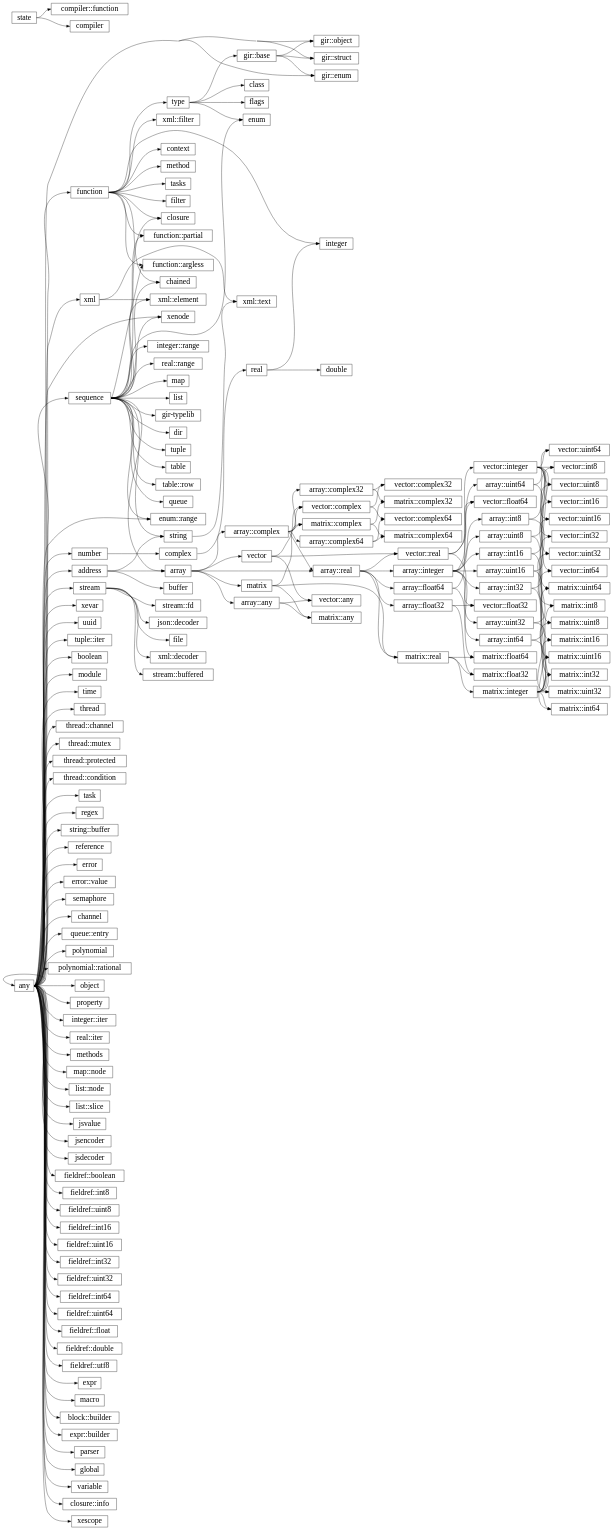
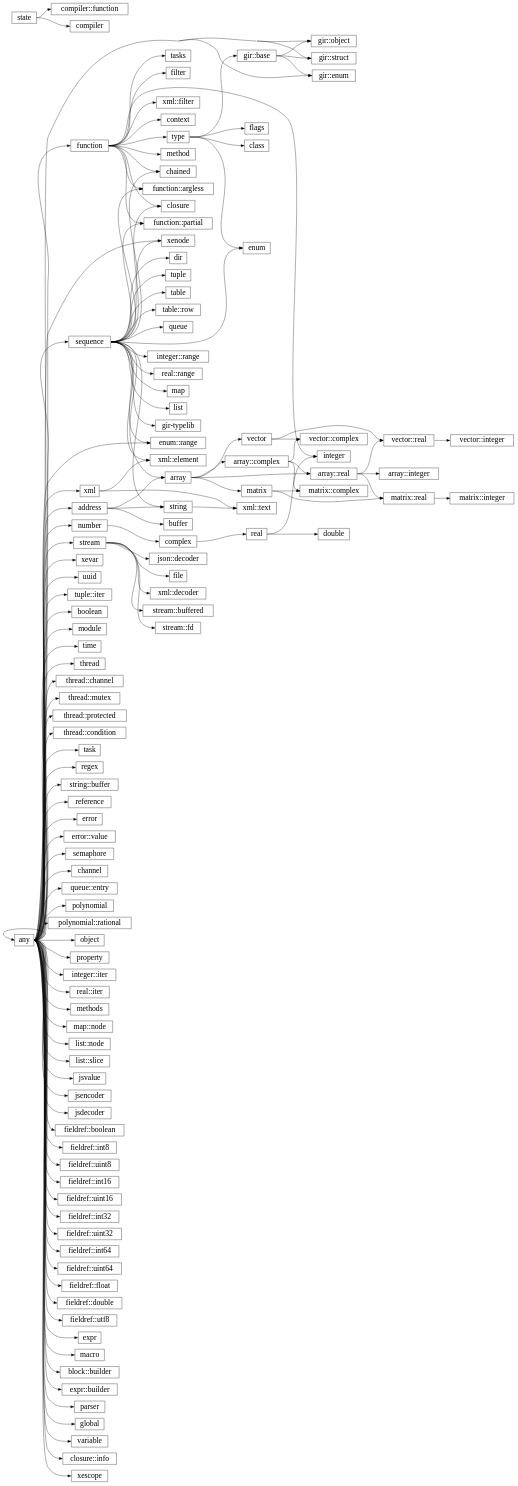
One commit to wrapl/minilang changed the diagram in docs/library/hierarchy.rst. Above: the diagram before and after it, drawn with Graphviz. The commit also changed 12 other files, not shown here.

```diff
--- a/docs/library/hierarchy.rst
+++ b/docs/library/hierarchy.rst
@@ -149,71 +149,6 @@
       "array::real":e -> "matrix::real":w;
       "matrix":e -> "matrix::real":w;
       "matrix::real":e -> "matrix::integer":w;
-      "array::integer":e -> "array::int8":w;
-      "vector::integer":e -> "vector::int8":w;
-      "array::int8":e -> "vector::int8":w;
-      "matrix::integer":e -> "matrix::int8":w;
-      "array::int8":e -> "matrix::int8":w;
-      "array::integer":e -> "array::uint8":w;
-      "vector::integer":e -> "vector::uint8":w;
-      "array::uint8":e -> "vector::uint8":w;
-      "matrix::integer":e -> "matrix::uint8":w;
-      "array::uint8":e -> "matrix::uint8":w;
-      "array::integer":e -> "array::int16":w;
-      "vector::integer":e -> "vector::int16":w;
-      "array::int16":e -> "vector::int16":w;
-      "matrix::integer":e -> "matrix::int16":w;
-      "array::int16":e -> "matrix::int16":w;
-      "array::integer":e -> "array::uint16":w;
-      "vector::integer":e -> "vector::uint16":w;
-      "array::uint16":e -> "vector::uint16":w;
-      "matrix::integer":e -> "matrix::uint16":w;
-      "array::uint16":e -> "matrix::uint16":w;
-      "array::integer":e -> "array::int32":w;
-      "vector::integer":e -> "vector::int32":w;
-      "array::int32":e -> "vector::int32":w;
-      "matrix::integer":e -> "matrix::int32":w;
-      "array::int32":e -> "matrix::int32":w;
-      "array::integer":e -> "array::uint32":w;
-      "vector::integer":e -> "vector::uint32":w;
-      "array::uint32":e -> "vector::uint32":w;
-      "matrix::integer":e -> "matrix::uint32":w;
-      "array::uint32":e -> "matrix::uint32":w;
-      "array::integer":e -> "array::int64":w;
-      "vector::integer":e -> "vector::int64":w;
-      "array::int64":e -> "vector::int64":w;
-      "matrix::integer":e -> "matrix::int64":w;
-      "array::int64":e -> "matrix::int64":w;
-      "array::integer":e -> "array::uint64":w;
-      "vector::integer":e -> "vector::uint64":w;
-      "array::uint64":e -> "vector::uint64":w;
-      "matrix::integer":e -> "matrix::uint64":w;
-      "array::uint64":e -> "matrix::uint64":w;
-      "array::real":e -> "array::float32":w;
-      "vector::real":e -> "vector::float32":w;
-      "array::float32":e -> "vector::float32":w;
-      "matrix::real":e -> "matrix::float32":w;
-      "array::float32":e -> "matrix::float32":w;
-      "array::real":e -> "array::float64":w;
-      "vector::real":e -> "vector::float64":w;
-      "array::float64":e -> "vector::float64":w;
-      "matrix::real":e -> "matrix::float64":w;
-      "array::float64":e -> "matrix::float64":w;
-      "array::complex":e -> "array::complex32":w;
-      "vector::complex":e -> "vector::complex32":w;
-      "array::complex32":e -> "vector::complex32":w;
-      "matrix::complex":e -> "matrix::complex32":w;
-      "array::complex32":e -> "matrix::complex32":w;
-      "array::complex":e -> "array::complex64":w;
-      "vector::complex":e -> "vector::complex64":w;
-      "array::complex64":e -> "vector::complex64":w;
-      "matrix::complex":e -> "matrix::complex64":w;
-      "array::complex64":e -> "matrix::complex64":w;
-      "array":e -> "array::any":w;
-      "vector":e -> "vector::any":w;
-      "array::any":e -> "vector::any":w;
-      "matrix":e -> "matrix::any":w;
-      "array::any":e -> "matrix::any":w;
       "any":e -> "xenode":w;
       "any":e -> "xescope":w;
    }
```
